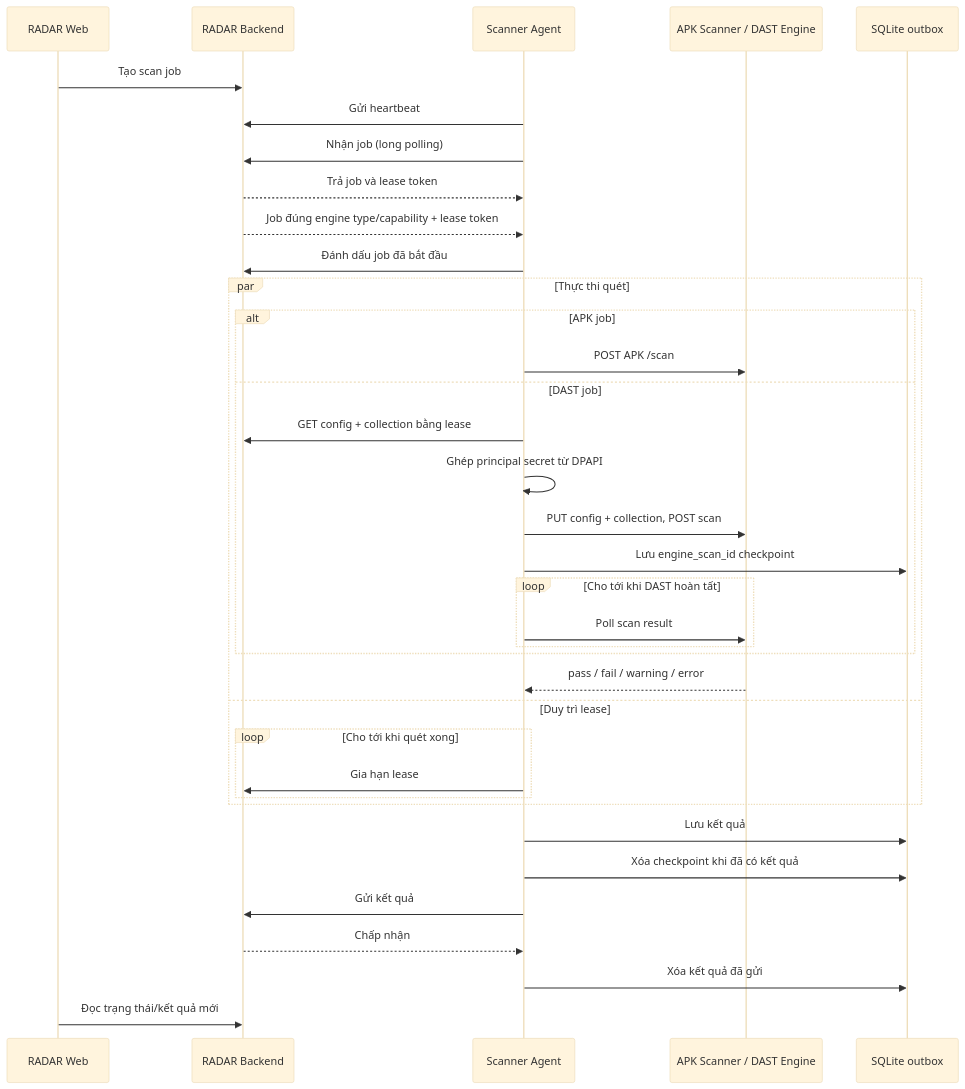
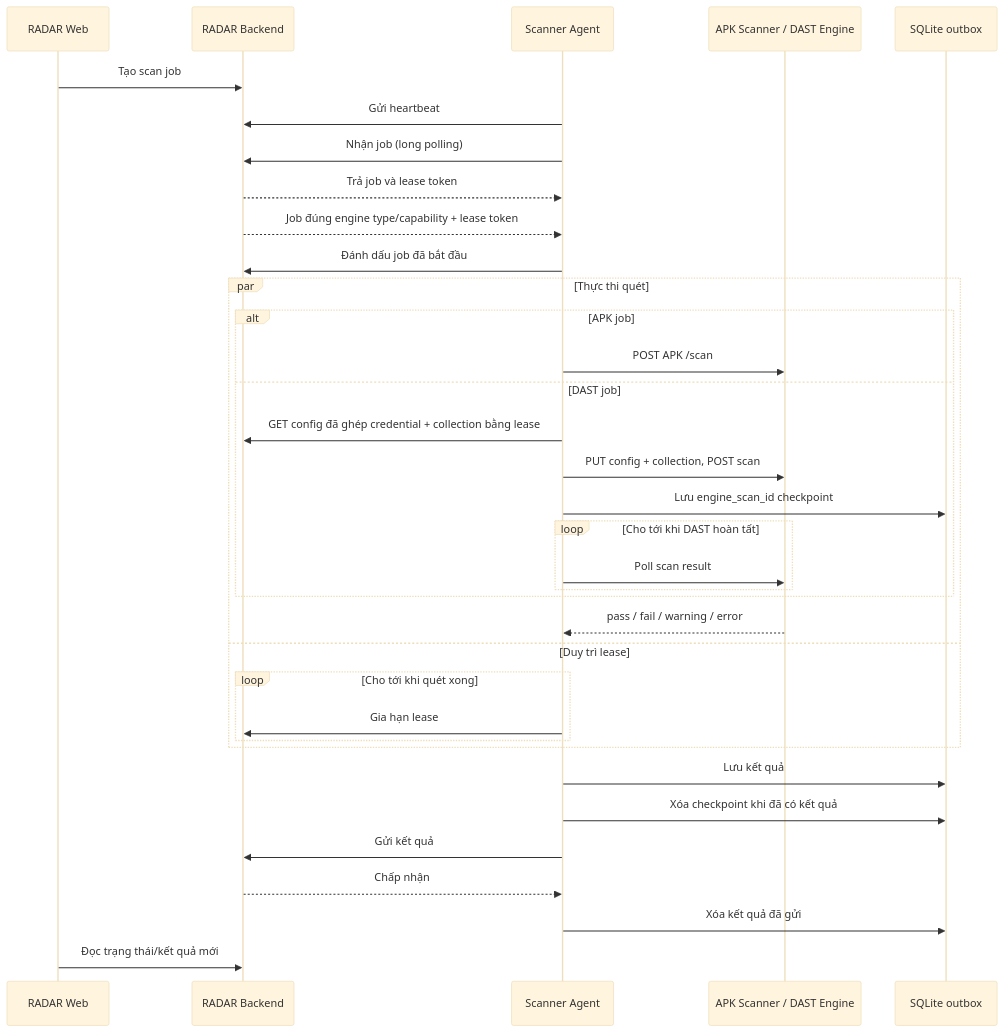
The second of 2 diagrams in docs/architecture.md (xuancanhit99/vnpay-radar-scanner-agent), drawn with Mermaid (base theme) before and after one commit. The commit also changed other lines of this file and 15 other files, not shown here.

````diff
--- a/docs/architecture.md
+++ b/docs/architecture.md
@@ -72,39 +73,38 @@
 ```mermaid
 sequenceDiagram
     participant UI as RADAR Web
     participant API as RADAR Backend
     participant Agent as Scanner Agent
     participant Local as APK Scanner / DAST Engine
     participant DB as SQLite outbox
 
     UI->>API: Tạo scan job
     Agent->>API: Gửi heartbeat
     Agent->>API: Nhận job (long polling)
     API-->>Agent: Trả job và lease token
     API-->>Agent: Job đúng engine type/capability + lease token
     Agent->>API: Đánh dấu job đã bắt đầu
     par Thực thi quét
         alt APK job
             Agent->>Local: POST APK /scan
         else DAST job
-            Agent->>API: GET config + collection bằng lease
-            Agent->>Agent: Ghép principal secret từ DPAPI
+            Agent->>API: GET config đã ghép credential + collection bằng lease
             Agent->>Local: PUT config + collection, POST scan
             Agent->>DB: Lưu engine_scan_id checkpoint
             loop Cho tới khi DAST hoàn tất
                 Agent->>Local: Poll scan result
             end
         end
         Local-->>Agent: pass / fail / warning / error
     and Duy trì lease
         loop Cho tới khi quét xong
             Agent->>API: Gia hạn lease
         end
     end
     Agent->>DB: Lưu kết quả
     Agent->>DB: Xóa checkpoint khi đã có kết quả
     Agent->>API: Gửi kết quả
     API-->>Agent: Chấp nhận
     Agent->>DB: Xóa kết quả đã gửi
     UI->>API: Đọc trạng thái/kết quả mới
 ```
````
